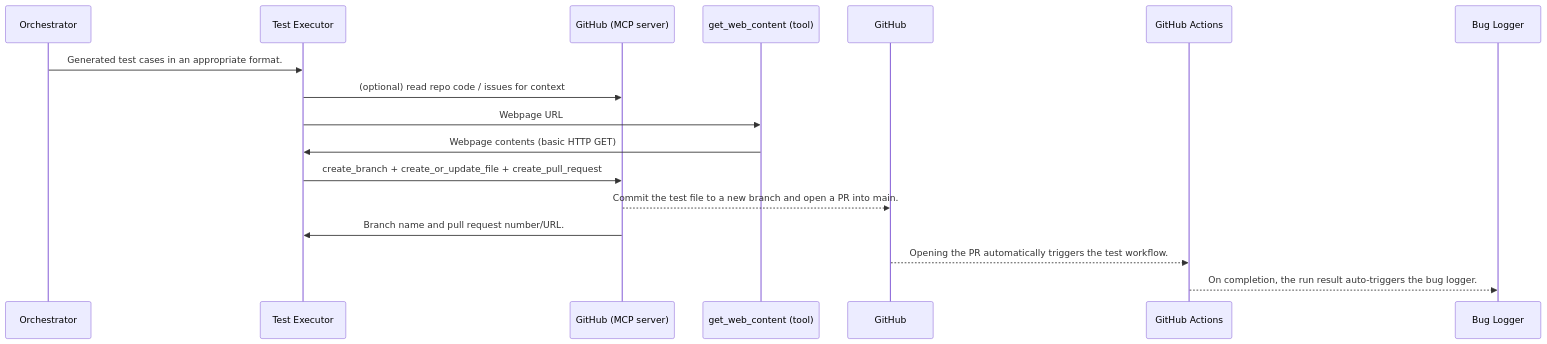
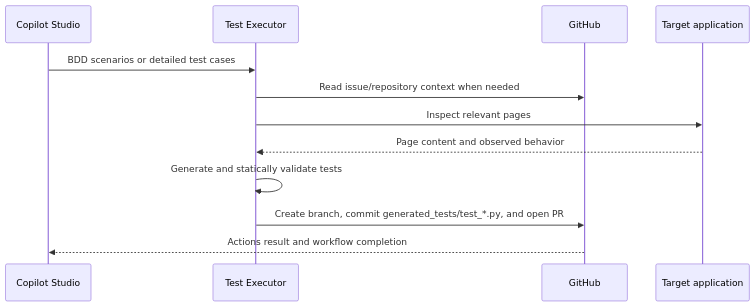
The diagram in README.md (yashovardhan99/stlc-foundry-solution), drawn with Mermaid before and after one commit. The commit also changed other lines of this file and 4 other files, not shown here.

````diff
--- a/README.md
+++ b/README.md
@@ -24,12 +9,10 @@
-``` mermaid
+```mermaid
 sequenceDiagram
-    Orchestrator ->> Test Executor: Generated test cases in an appropriate format.
-    Test Executor ->> GitHub (MCP server): (optional) read repo code / issues for context
-    Test Executor ->> get_web_content (tool): Webpage URL
-    get_web_content (tool) ->> Test Executor: Webpage contents (basic HTTP GET)
-    Test Executor ->> GitHub (MCP server): create_branch + create_or_update_file + create_pull_request
-    GitHub (MCP server) -->> GitHub: Commit the test file to a new branch and open a PR into main.
-    GitHub (MCP server) ->> Test Executor: Branch name and pull request number/URL.
-    GitHub -->> GitHub Actions: Opening the PR automatically triggers the test workflow.
-    GitHub Actions -->> Bug Logger: On completion, the run result auto-triggers the bug logger.
+    Copilot Studio ->> Test Executor: BDD scenarios or detailed test cases
+    Test Executor ->> GitHub: Read issue/repository context when needed
+    Test Executor ->> Target application: Inspect relevant pages
+    Target application -->> Test Executor: Page content and observed behavior
+    Test Executor ->> Test Executor: Generate and statically validate tests
+    Test Executor ->> GitHub: Create branch, commit generated_tests/test_*.py, and open PR
+    GitHub -->> Copilot Studio: Actions result and workflow completion
 ```
````
